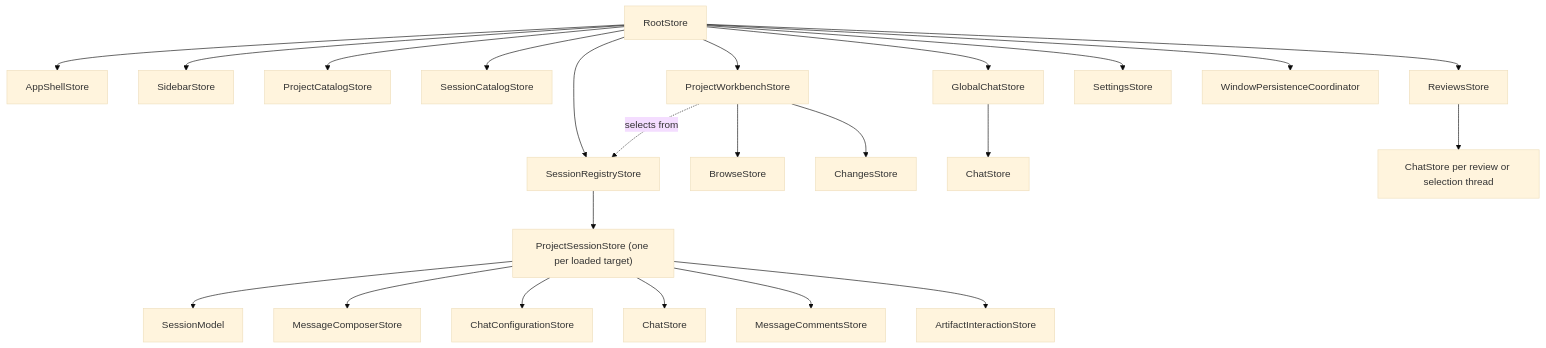
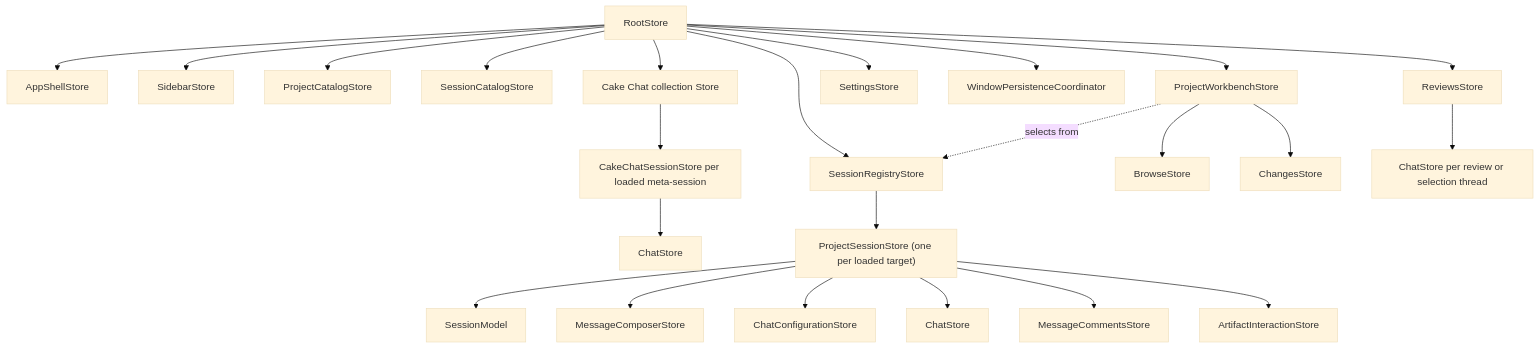
The diagram in docs/architecture/cake-architecture.md (melnikov-s/cake), drawn with Mermaid (base theme) before and after one commit. The commit also changed other lines of this file and 27 other files, not shown here.

Commit message:
Make Cake Chat a multi-session workspace

````diff
--- a/docs/architecture/cake-architecture.md
+++ b/docs/architecture/cake-architecture.md
@@ -141,25 +149,26 @@
 ```mermaid
 flowchart TD
   Root["RootStore"] --> Shell["AppShellStore"]
   Root --> Sidebar["SidebarStore"]
   Root --> Projects["ProjectCatalogStore"]
   Root --> Catalog["SessionCatalogStore"]
   Root --> Registry["SessionRegistryStore"]
   Root --> Workbench["ProjectWorkbenchStore"]
-  Root --> Global["GlobalChatStore"]
-  Global --> GlobalChat["ChatStore"]
+  Root --> CakeChat["Cake Chat collection Store"]
+  CakeChat --> CakeSession["CakeChatSessionStore per loaded meta-session"]
+  CakeSession --> MetaChat["ChatStore"]
   Root --> Settings["SettingsStore"]
   Root --> Persistence["WindowPersistenceCoordinator"]
   Workbench -. selects from .-> Registry
   Workbench --> Browse["BrowseStore"]
   Workbench --> Changes["ChangesStore"]
   Registry --> Session["ProjectSessionStore (one per loaded target)"]
   Session --> Model["SessionModel"]
   Session --> Composer["MessageComposerStore"]
   Session --> Config["ChatConfigurationStore"]
   Session --> Chat["ChatStore"]
   Session --> Comments["MessageCommentsStore"]
   Session --> Artifacts["ArtifactInteractionStore"]
   Root --> Reviews["ReviewsStore"]
   Reviews --> ThreadChats["ChatStore per review or selection thread"]
 ```
````
